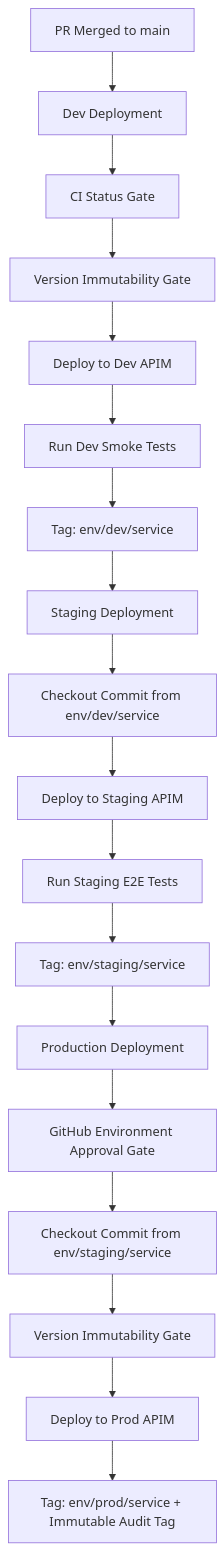
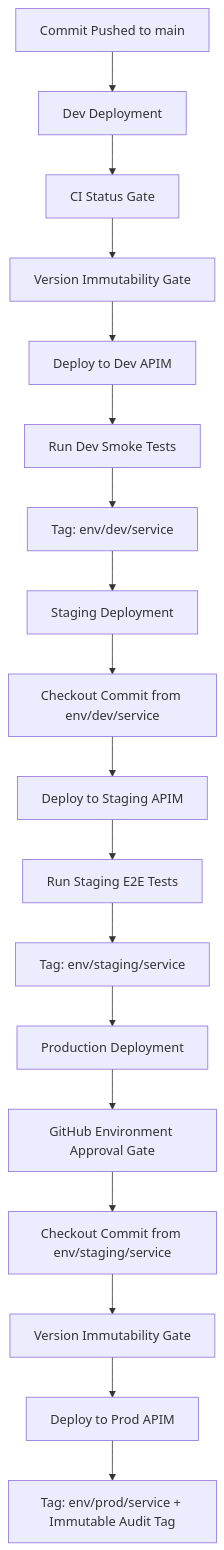
The diagram in OPENAPI_GITOPS_ARCHITECTURE.md (doronma/apim-openapi-cicd-demo), drawn with Mermaid before and after one commit. The commit also changed other lines of this file and 1 other file, not shown here.

Commit message:
docs: update architecture document and CI workflow to direct commit-driven model

````diff
--- a/OPENAPI_GITOPS_ARCHITECTURE.md
+++ b/OPENAPI_GITOPS_ARCHITECTURE.md
@@ -239,22 +228,22 @@
 ```mermaid
 graph TD
-    A[PR Merged to main] --> B[Dev Deployment]
+    A[Commit Pushed to main] --> B[Dev Deployment]
     B --> C[CI Status Gate]
     C --> D[Version Immutability Gate]
     D --> E[Deploy to Dev APIM]
     E --> F[Run Dev Smoke Tests]
     F --> G[Tag: env/dev/service]
 
     G --> H[Staging Deployment]
     H --> I[Checkout Commit from env/dev/service]
     I --> J[Deploy to Staging APIM]
     J --> K[Run Staging E2E Tests]
     K --> L[Tag: env/staging/service]
 
     L --> M[Production Deployment]
     M --> N[GitHub Environment Approval Gate]
     N --> O[Checkout Commit from env/staging/service]
     O --> P[Version Immutability Gate]
     P --> Q[Deploy to Prod APIM]
     Q --> R[Tag: env/prod/service + Immutable Audit Tag]
 ```
````
